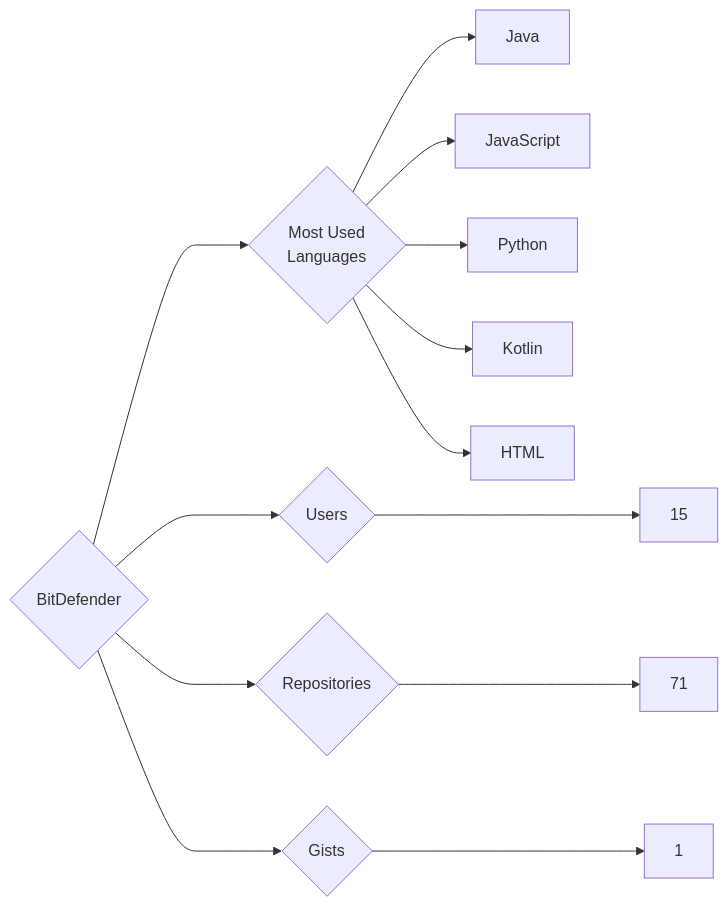
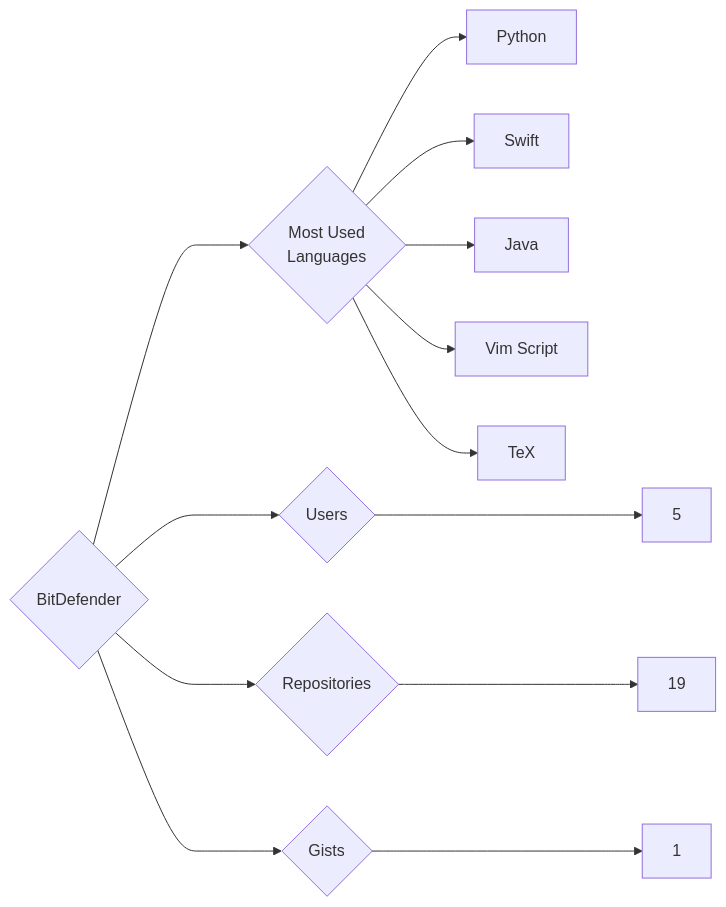
One commit to trickest/insiders changed the diagram in targets/BitDefender/README.md. Above: the diagram before and after it, drawn with Mermaid. The commit also changed 772 other files, not shown here.

````diff
--- a/targets/BitDefender/README.md
+++ b/targets/BitDefender/README.md
@@ -3,13 +3,13 @@
 ```mermaid
 graph LR
 COMPANY_NAME{BitDefender}
-COMPANY_NAME ---> U{Users} ---> UN[15]
-COMPANY_NAME ---> R{Repositories} ---> RN[71]
+COMPANY_NAME ---> U{Users} ---> UN[5]
+COMPANY_NAME ---> R{Repositories} ---> RN[19]
 COMPANY_NAME ---> G{Gists} ---> GN[1]
 COMPANY_NAME ---> ML{Most Used<br>Languages}
+ML --> Python[Python]
+ML --> Swift[Swift]
 ML --> Java[Java]
-ML --> JavaScript[JavaScript]
-ML --> Python[Python]
-ML --> Kotlin[Kotlin]
-ML --> HTML[HTML]
+ML --> Vim_Script[Vim Script]
+ML --> TeX[TeX]
 ```
````
